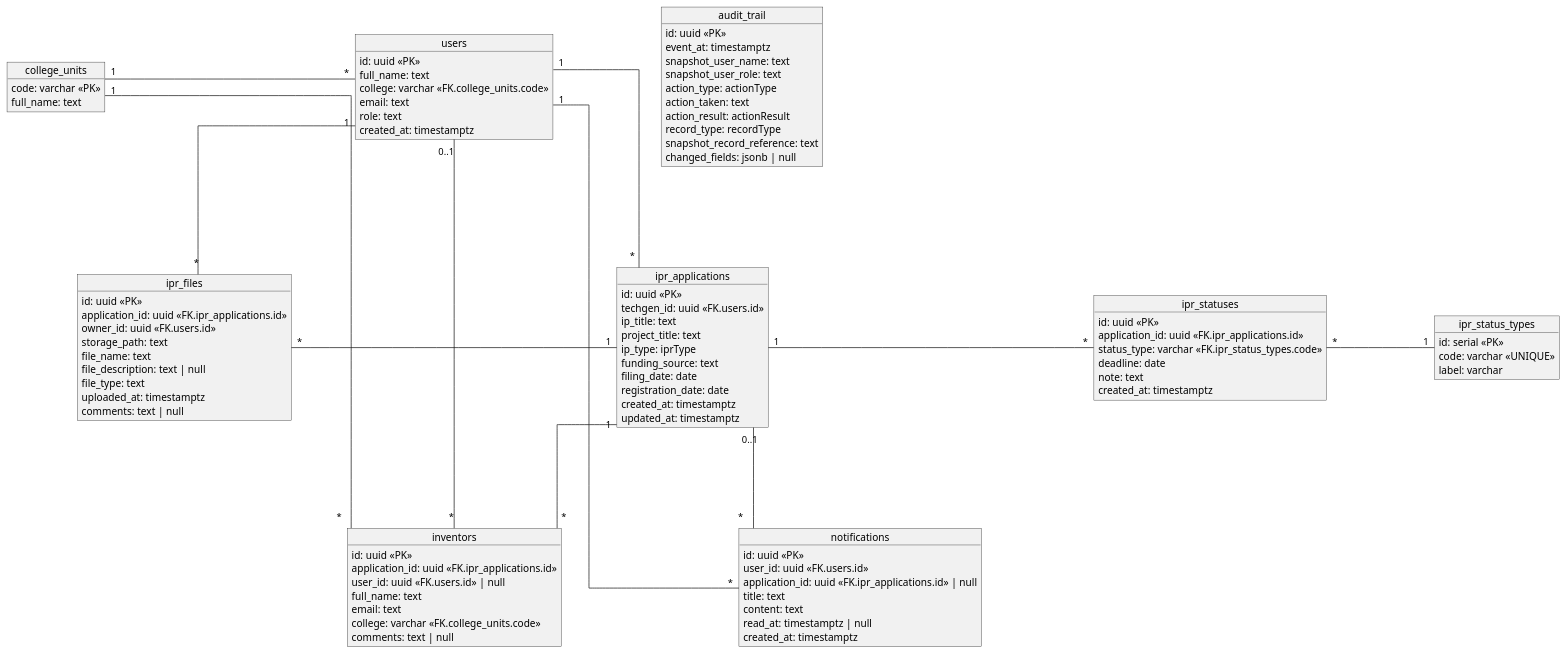
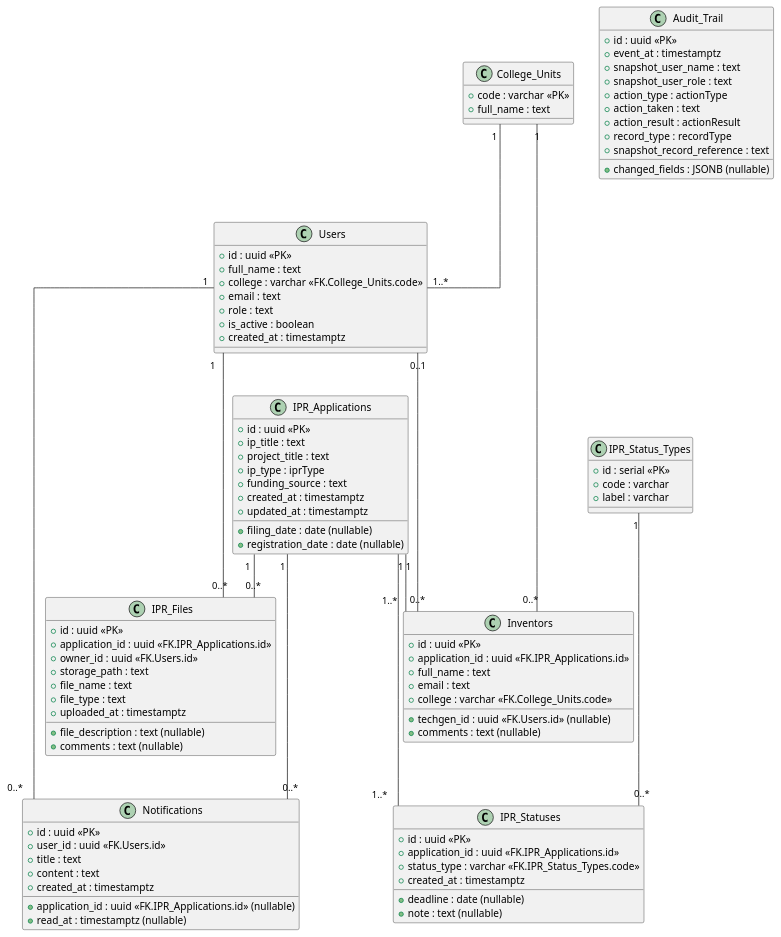
The diagram in uml diagrams code/db_design.wsd (jrolana/iris), drawn with PlantUML before and after one commit. The commit also changed 2 other files, not shown here.

Commit message:
[Olana][Enhancment] Table Relatioships, ERD

```diff
--- a/uml diagrams code/db_design.wsd
+++ b/uml diagrams code/db_design.wsd
@@ -1,124 +1,121 @@
 @startuml
-hide circle
-skinparam objectAttributeIconSize 0
 skinparam linetype ortho
-skinparam NodeSep 150
-skinparam RankSep 140
 
-' ----------------------
+'==============================
 ' Lookup Tables
-' ----------------------
-
-object "college_units" as colleges {
-  code: varchar <<PK>>
-  full_name: text
+'==============================
+class College_Units {
+    +code : varchar <<PK>>
+    +full_name : text
 }
 
-object "ipr_status_types" as status_types {
-  id: serial <<PK>>
-  code: varchar <<UNIQUE>>
-  label: varchar
+class IPR_Status_Types {
+    +id : serial <<PK>>
+    +code : varchar
+    +label : varchar
 }
 
-' ----------------------
+'==============================
 ' Main Tables
-' ----------------------
-
-object "users" as users {
-  id: uuid <<PK>>
-  full_name: text
-  college: varchar <<FK.college_units.code>>
-  email: text
-  role: text
-  created_at: timestamptz
+'==============================
+class Users {
+    +id : uuid <<PK>>
+    +full_name : text
+    +college : varchar <<FK.College_Units.code>>
+    +email : text
+    +role : text
+    +is_active : boolean
+    +created_at : timestamptz
 }
 
-object "ipr_applications" as applications {
-  id: uuid <<PK>>
-  techgen_id: uuid <<FK.users.id>>
-  ip_title: text
-  project_title: text
-  ip_type: iprType
-  funding_source: text
-  filing_date: date
-  registration_date: date
-  created_at: timestamptz
-  updated_at: timestamptz
+class IPR_Applications {
+    +id : uuid <<PK>>
+    +ip_title : text
+    +project_title : text
+    +ip_type : iprType
+    +funding_source : text
+    +filing_date : date (nullable)
+    +registration_date : date (nullable)
+    +created_at : timestamptz
+    +updated_at : timestamptz
 }
 
-object "inventors" as inv {
-  id: uuid <<PK>>
-  application_id: uuid <<FK.ipr_applications.id>>
-  user_id: uuid <<FK.users.id>> | null
-  full_name: text
-  email: text
-  college: varchar <<FK.college_units.code>>
-  comments: text | null
+class Inventors {
+    +id : uuid <<PK>>
+    +application_id : uuid <<FK.IPR_Applications.id>>
+    +techgen_id : uuid <<FK.Users.id>> (nullable)
+    +full_name : text
+    +email : text
+    +college : varchar <<FK.College_Units.code>>
+    +comments : text (nullable)
 }
 
-object "ipr_statuses" as statuses {
-  id: uuid <<PK>>
-  application_id: uuid <<FK.ipr_applications.id>>
-  status_type: varchar <<FK.ipr_status_types.code>>
-  deadline: date
-  note: text
-  created_at: timestamptz
+class IPR_Statuses {
+    +id : uuid <<PK>>
+    +application_id : uuid <<FK.IPR_Applications.id>>
+    +status_type : varchar <<FK.IPR_Status_Types.code>>
+    +deadline : date (nullable)
+    +note : text (nullable)
+    +created_at : timestamptz
 }
 
-object "ipr_files" as files {
-  id: uuid <<PK>>
-  application_id: uuid <<FK.ipr_applications.id>>
-  owner_id: uuid <<FK.users.id>>
-  storage_path: text
-  file_name: text
-  file_description: text | null
-  file_type: text
-  uploaded_at: timestamptz
-  comments: text | null
+class IPR_Files {
+    +id : uuid <<PK>>
+    +application_id : uuid <<FK.IPR_Applications.id>>
+    +owner_id : uuid <<FK.Users.id>>
+    +storage_path : text
+    +file_name : text
+    +file_description : text (nullable)
+    +file_type : text
+    +comments : text (nullable)
+    +uploaded_at : timestamptz
 }
 
-object "notifications" as notifs {
-  id: uuid <<PK>>
-  user_id: uuid <<FK.users.id>>
-  application_id: uuid <<FK.ipr_applications.id>> | null
-  title: text
-  content: text
-  read_at: timestamptz | null
-  created_at: timestamptz
+class Notifications {
+    +id : uuid <<PK>>
+    +user_id : uuid <<FK.Users.id>>
+    +application_id : uuid <<FK.IPR_Applications.id>> (nullable)
+    +title : text
+    +content : text
+    +read_at : timestamptz (nullable)
+    +created_at : timestamptz
 }
 
-object "audit_trail" as audit {
-  id: uuid <<PK>>
-  event_at: timestamptz
-  snapshot_user_name: text
-  snapshot_user_role: text
-  action_type: actionType
-  action_taken: text
-  action_result: actionResult
-  record_type: recordType
-  snapshot_record_reference: text
-  changed_fields: jsonb | null
+class Audit_Trail {
+    +id : uuid <<PK>>
+    +event_at : timestamptz
+    +snapshot_user_name : text
+    +snapshot_user_role : text
+    +action_type : actionType
+    +action_taken : text
+    +action_result : actionResult
+    +record_type : recordType
+    +snapshot_record_reference : text
+    +changed_fields : JSONB (nullable)
 }
 
-' ----------------------
+'==============================
 ' Relationships
-' ----------------------
+'==============================
+College_Units "1" -- "1..*" Users
+College_Units "1" -- "0..*" Inventors
 
-' Techgen relationship (1 user can techgen many applications)
-users "1" -down- "*" applications
+IPR_Status_Types "1" -- "0..*" IPR_Statuses
 
-' Inventors (junction table)
-applications "1" -- "*" inv
-users "0..1" -- "*" inv
+Users "0..1" -- "0..*" Inventors
+Users "1" -- "0..*" IPR_Files
+Users "1" -- "0..*" Notifications
 
-' Other FKs
-users "*" -left- "1" colleges
-applications "1" -left- "*" files
-files "*" -up- "1" users
-applications "1" -right- "*" statuses
-statuses "*" -right- "1" status_types
-applications "0..1" -- "*" notifs
-users "1" -right- "*" notifs
-inv "*" -left- "1" colleges
+IPR_Applications "1" -- "1..*" Inventors
+IPR_Applications "1" -- "1..*" IPR_Statuses
+IPR_Applications "1" -- "0..*" IPR_Files
+IPR_Applications "1" -- "0..*" Notifications
 
+'==============================
+' Layout hints
+'==============================
+College_Units -[hidden]- IPR_Status_Types
+Users -[hidden]- IPR_Applications
+Inventors -[hidden]- IPR_Statuses
+IPR_Files -[hidden]- Notifications
 @enduml
```
